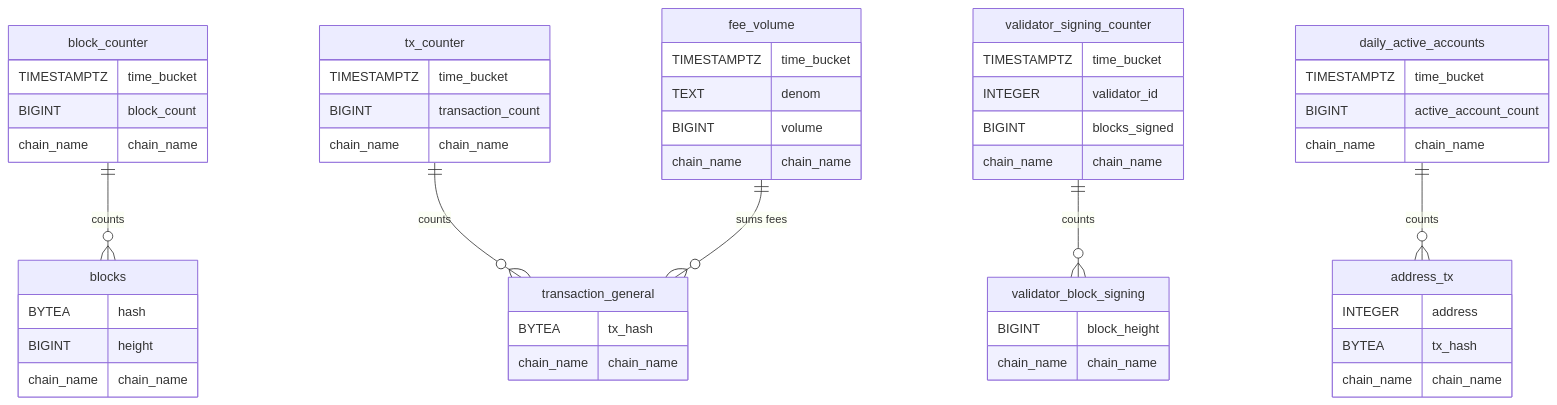
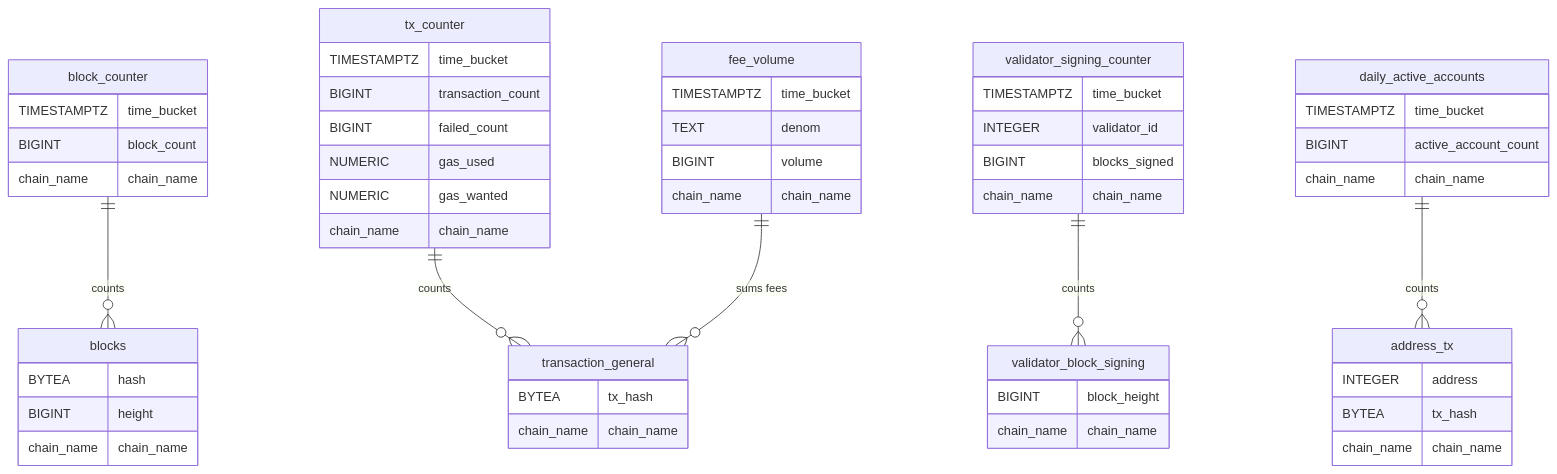
Before and after one commit to Cogwheel-Validator/spectra-gnoland-indexer: the sixth of 6 diagrams in docs/data-model.md, drawn with Mermaid. The commit also changed 9 other files, not shown here.

````diff
--- a/docs/data-model.md
+++ b/docs/data-model.md
@@ -298,53 +298,56 @@
 ```mermaid
 erDiagram
     blocks {
       BYTEA hash
       BIGINT height
       chain_name chain_name
     }
     transaction_general {
       BYTEA tx_hash
       chain_name chain_name
     }
     validator_block_signing {
       BIGINT block_height
       chain_name chain_name
     }
     address_tx {
       INTEGER address
       BYTEA tx_hash
       chain_name chain_name
     }
     block_counter {
       TIMESTAMPTZ time_bucket
       BIGINT block_count
       chain_name chain_name
     }
     tx_counter {
       TIMESTAMPTZ time_bucket
       BIGINT transaction_count
+      BIGINT failed_count
+      NUMERIC gas_used
+      NUMERIC gas_wanted
       chain_name chain_name
     }
     validator_signing_counter {
       TIMESTAMPTZ time_bucket
       INTEGER validator_id
       BIGINT blocks_signed
       chain_name chain_name
     }
     daily_active_accounts {
       TIMESTAMPTZ time_bucket
       BIGINT active_account_count
       chain_name chain_name
     }
     fee_volume {
       TIMESTAMPTZ time_bucket
       TEXT denom
       BIGINT volume
       chain_name chain_name
     }
     block_counter ||--o{ blocks : "counts"
     tx_counter ||--o{ transaction_general : "counts"
     validator_signing_counter ||--o{ validator_block_signing : "counts"
     daily_active_accounts ||--o{ address_tx : "counts"
     fee_volume ||--o{ transaction_general : "sums fees"
 ```
````
